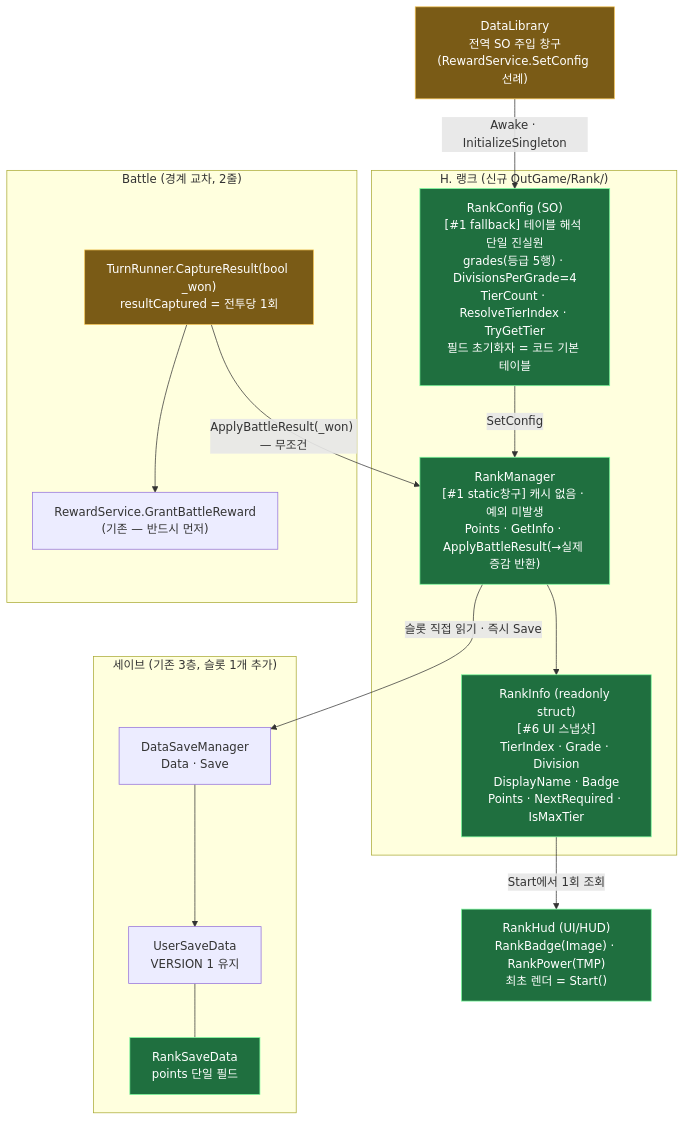
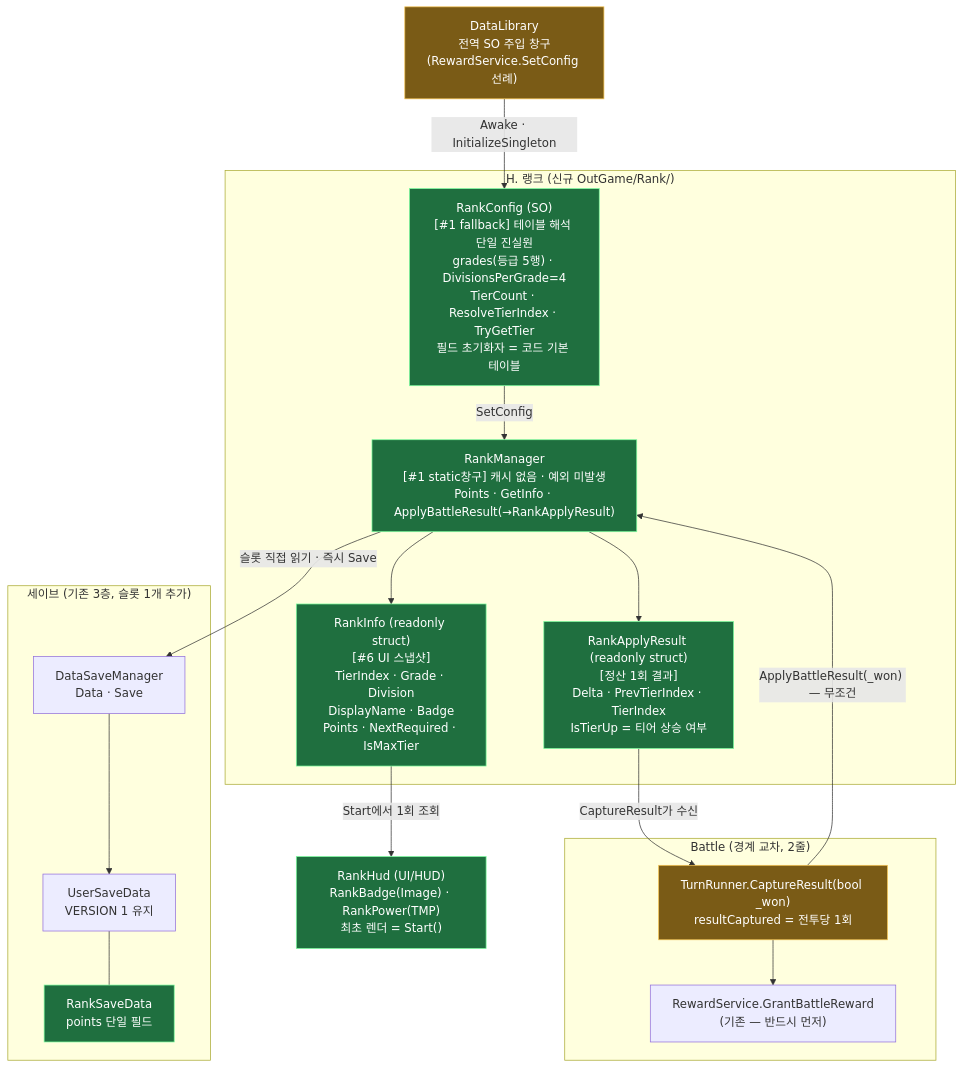
Before and after one commit to hspark-maker/TeamfightTCG_Migriation: diagram 16 of 18 in docs/OutGamePlan/STRUCTURE.md, drawn with Mermaid. The commit also changed other lines of this file and 37 other files, not shown here.

````diff
--- a/docs/OutGamePlan/STRUCTURE.md
+++ b/docs/OutGamePlan/STRUCTURE.md
@@ -836,35 +836,38 @@
 ```mermaid
 flowchart TD
     subgraph save["세이브 (기존 3층, 슬롯 1개 추가)"]
         DSM["DataSaveManager<br/>Data · Save"]
         USD["UserSaveData<br/>VERSION 1 유지"]
         RSD["RankSaveData<br/>points 단일 필드"]:::new
     end
 
     subgraph rank["H. 랭크 (신규 OutGame/Rank/)"]
         CFG["RankConfig (SO)<br/>[#1 fallback] 테이블 해석 단일 진실원<br/>grades(등급 5행) · DivisionsPerGrade=4<br/>TierCount · ResolveTierIndex · TryGetTier<br/>필드 초기화자 = 코드 기본 테이블"]:::new
-        MGR["RankManager<br/>[#1 static창구] 캐시 없음 · 예외 미발생<br/>Points · GetInfo · ApplyBattleResult(→실제 증감 반환)"]:::new
+        MGR["RankManager<br/>[#1 static창구] 캐시 없음 · 예외 미발생<br/>Points · GetInfo · ApplyBattleResult(→RankApplyResult)"]:::new
+        APPLY["RankApplyResult (readonly struct)<br/>[정산 1회 결과]<br/>Delta · PrevTierIndex · TierIndex<br/>IsTierUp = 티어 상승 여부"]:::new
         INFO["RankInfo (readonly struct)<br/>[#6 UI 스냅샷]<br/>TierIndex · Grade · Division<br/>DisplayName · Badge<br/>Points · NextRequired · IsMaxTier"]:::new
     end
 
     subgraph battle["Battle (경계 교차, 2줄)"]
         TR["TurnRunner.CaptureResult(bool _won)<br/>resultCaptured = 전투당 1회"]:::chg
         RS["RewardService.GrantBattleReward<br/>(기존 — 반드시 먼저)"]
     end
 
     DL["DataLibrary<br/>전역 SO 주입 창구<br/>(RewardService.SetConfig 선례)"]:::chg
     HUD["RankHud (UI/HUD)<br/>RankBadge(Image) · RankPower(TMP)<br/>최초 렌더 = Start()"]:::new
 
     DSM --> USD
     USD --- RSD
     MGR -->|"슬롯 직접 읽기 · 즉시 Save"| DSM
     CFG -->|SetConfig| MGR
     DL -->|"Awake · InitializeSingleton"| CFG
     TR --> RS
     TR -->|"ApplyBattleResult(_won) — 무조건"| MGR
+    MGR --> APPLY
+    APPLY -->|"CaptureResult가 수신"| TR
     MGR --> INFO
     INFO -->|"Start에서 1회 조회"| HUD
 
     classDef new fill:#1f6f3f,stroke:#7CFC9E,color:#fff;
     classDef chg fill:#7a5b16,stroke:#f2c14e,color:#fff;
 ```
````
